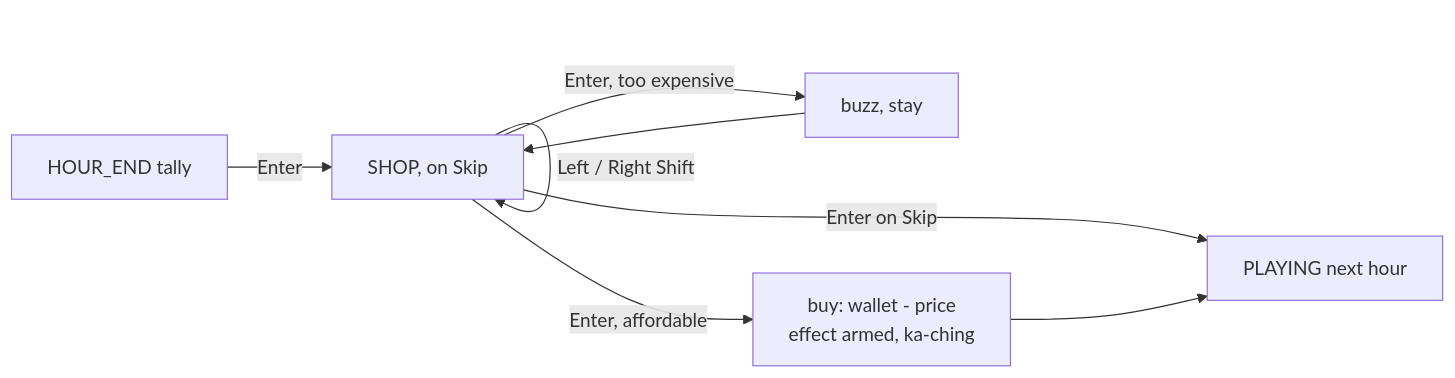
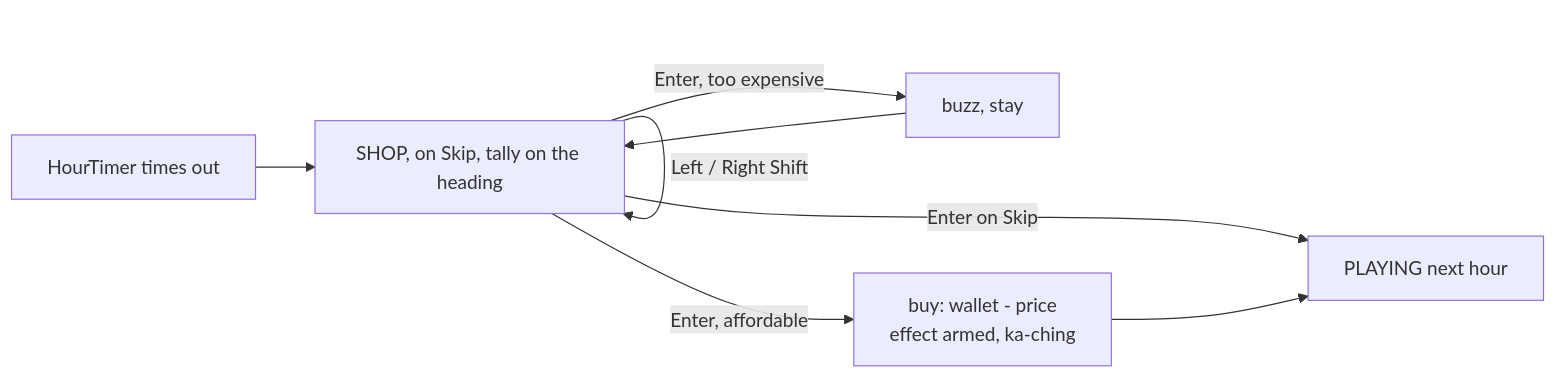
The ninth of 15 diagrams in docs/design.md (NiloyBhattacharjee/cluck-shift), drawn with Mermaid before and after one commit. The commit also changed other lines of this file and 10 other files, not shown here.

````diff
--- a/docs/design.md
+++ b/docs/design.md
@@ -542,8 +542,8 @@
 ```mermaid
 flowchart LR
-    HE[HOUR_END tally] -->|Enter| SH[SHOP, on Skip]
+    HE[HourTimer times out] --> SH[SHOP, on Skip, tally on the heading]
     SH -->|Left / Right Shift| SH
     SH -->|Enter on Skip| P[PLAYING next hour]
     SH -->|Enter, affordable| B[buy: wallet - price<br/>effect armed, ka-ching] --> P
     SH -->|Enter, too expensive| R[buzz, stay] --> SH
 ```
````
